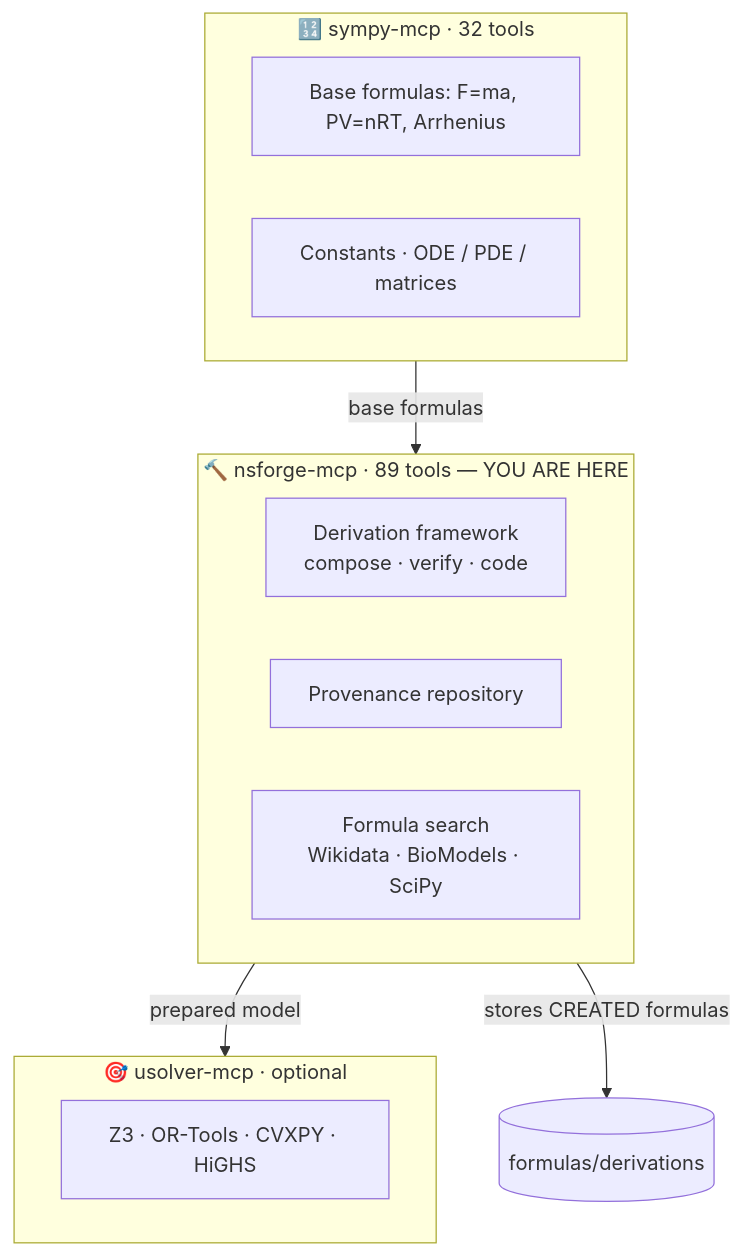
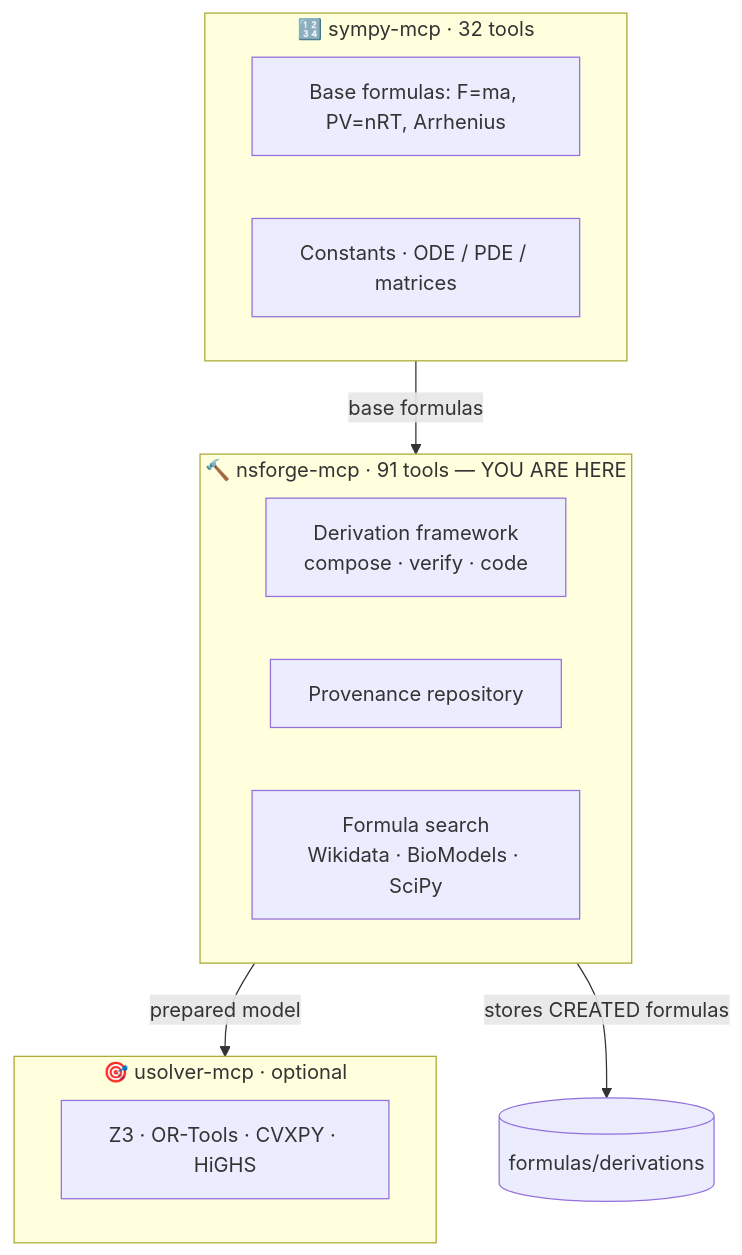
One commit to u9401066/nsforge-mcp changed the second of 6 diagrams in README.md. Above: the diagram before and after it, drawn with Mermaid. The commit also changed other lines of this file and 7 other files, not shown here.

First line of the commit message:
feat(mcp): runtime self-description tools — nsforge_health + nsforge_manifest

````diff
--- a/README.md
+++ b/README.md
@@ -68,20 +68,20 @@
 ```mermaid
 flowchart TB
     subgraph SY["🔢 sympy-mcp · 32 tools"]
         direction LR
         SY1["Base formulas: F=ma, PV=nRT, Arrhenius"]
         SY2["Constants · ODE / PDE / matrices"]
     end
-    subgraph NS["🔨 nsforge-mcp · 89 tools — YOU ARE HERE"]
+    subgraph NS["🔨 nsforge-mcp · 91 tools — YOU ARE HERE"]
         direction LR
         NS1["Derivation framework<br/>compose · verify · code"]
         NS2["Provenance repository"]
         NS3["Formula search<br/>Wikidata · BioModels · SciPy"]
     end
     subgraph US["🎯 usolver-mcp · optional"]
         US1["Z3 · OR-Tools · CVXPY · HiGHS"]
     end
     SY -->|"base formulas"| NS
     NS -->|"prepared model"| US
     NS -->|"stores CREATED formulas"| REPO[("formulas/derivations")]
 ```
````
